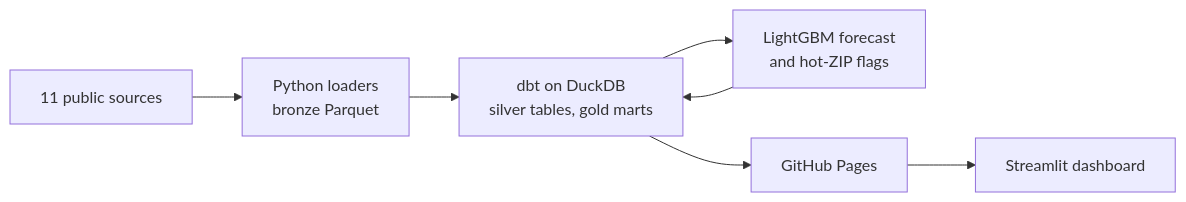
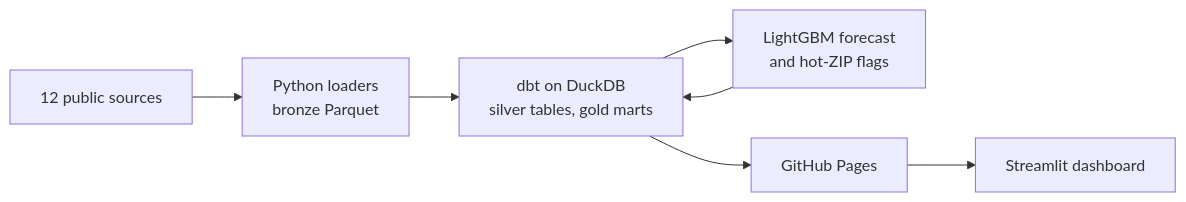
Before and after one commit to YearningAsian/metro-housing-affordability: the diagram in docs/writeup.md, drawn with Mermaid. The commit also changed other lines of this file and 17 other files, not shown here.

````diff
--- a/docs/writeup.md
+++ b/docs/writeup.md
@@ -88,9 +88,9 @@
 ```mermaid
 flowchart LR
-    src["11 public sources"] --> bronze["Python loaders<br/>bronze Parquet"]
+    src["12 public sources"] --> bronze["Python loaders<br/>bronze Parquet"]
     bronze --> dbt["dbt on DuckDB<br/>silver tables, gold marts"]
     dbt --> ml["LightGBM forecast<br/>and hot-ZIP flags"]
     ml --> dbt
     dbt --> pages["GitHub Pages"]
     pages --> app["Streamlit dashboard"]
 ```
````
